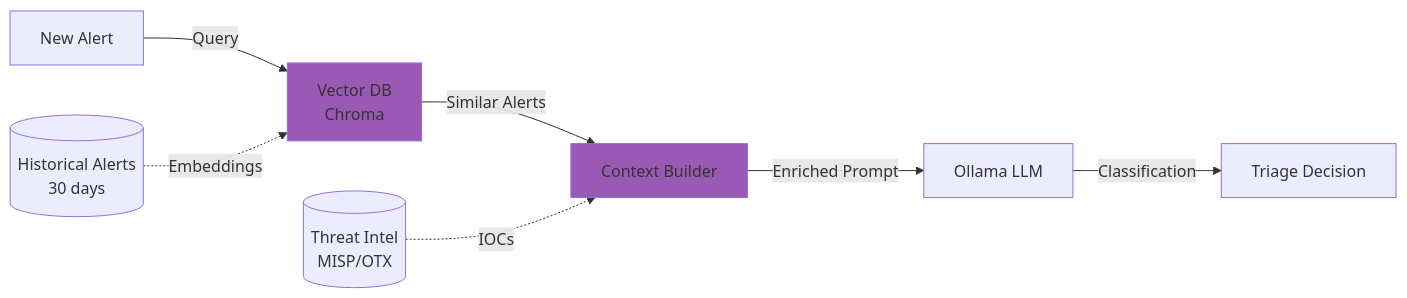
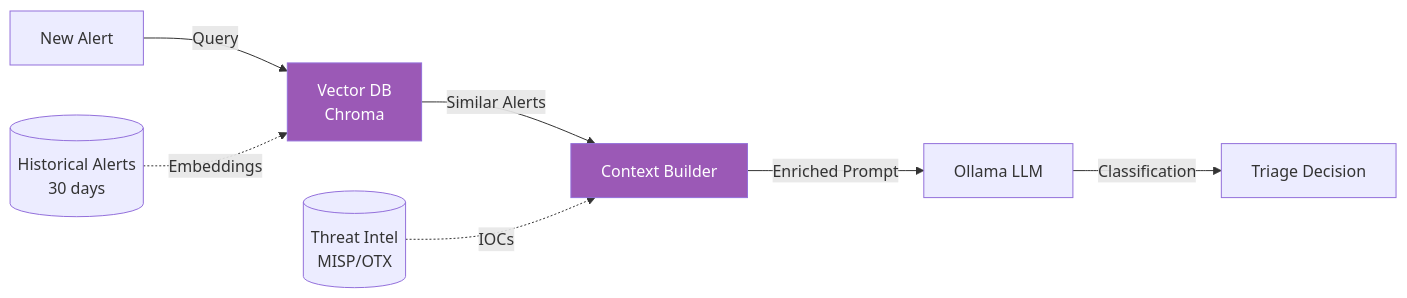
Before and after one commit to williamzujkowski/williamzujkowski.github.io: the second of 2 diagrams in src/posts/2025-01-22-llm-security-alert-triage-local.md, drawn with Mermaid. The commit also changed other lines of this file and 40 other files, not shown here.

First line of the commit message:
fix(blog): add explicit text color to all mermaid classDef/style (#171)

````diff
--- a/src/posts/2025-01-22-llm-security-alert-triage-local.md
+++ b/src/posts/2025-01-22-llm-security-alert-triage-local.md
@@ -233,16 +233,16 @@
 ```mermaid
 flowchart LR
     Alert[New Alert] -->|Query| Retriever[Vector DB\nChroma]
     Retriever -->|Similar Alerts| Context[Context Builder]
     Context -->|Enriched Prompt| LLM[Ollama LLM]
     LLM -->|Classification| Output[Triage Decision]
 
     HistoricalDB[(Historical Alerts\n30 days)]
     ThreatIntel[(Threat Intel\nMISP/OTX)]
 
     HistoricalDB -.->|Embeddings| Retriever
     ThreatIntel -.->|IOCs| Context
 
-    classDef rag fill:#9b59b6
+    classDef rag fill:#9b59b6,color:#fff
     class Retriever,Context rag
 ```
````
